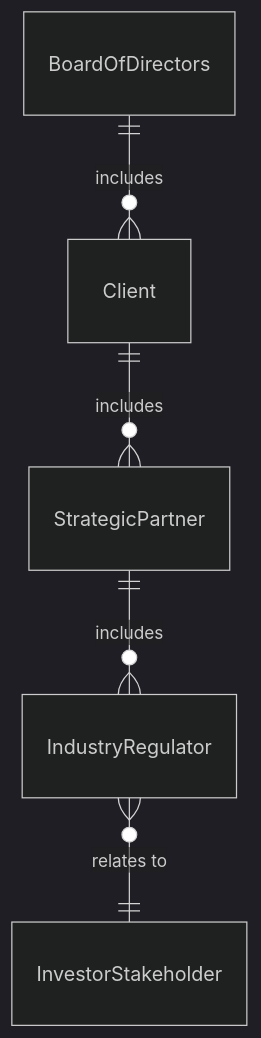
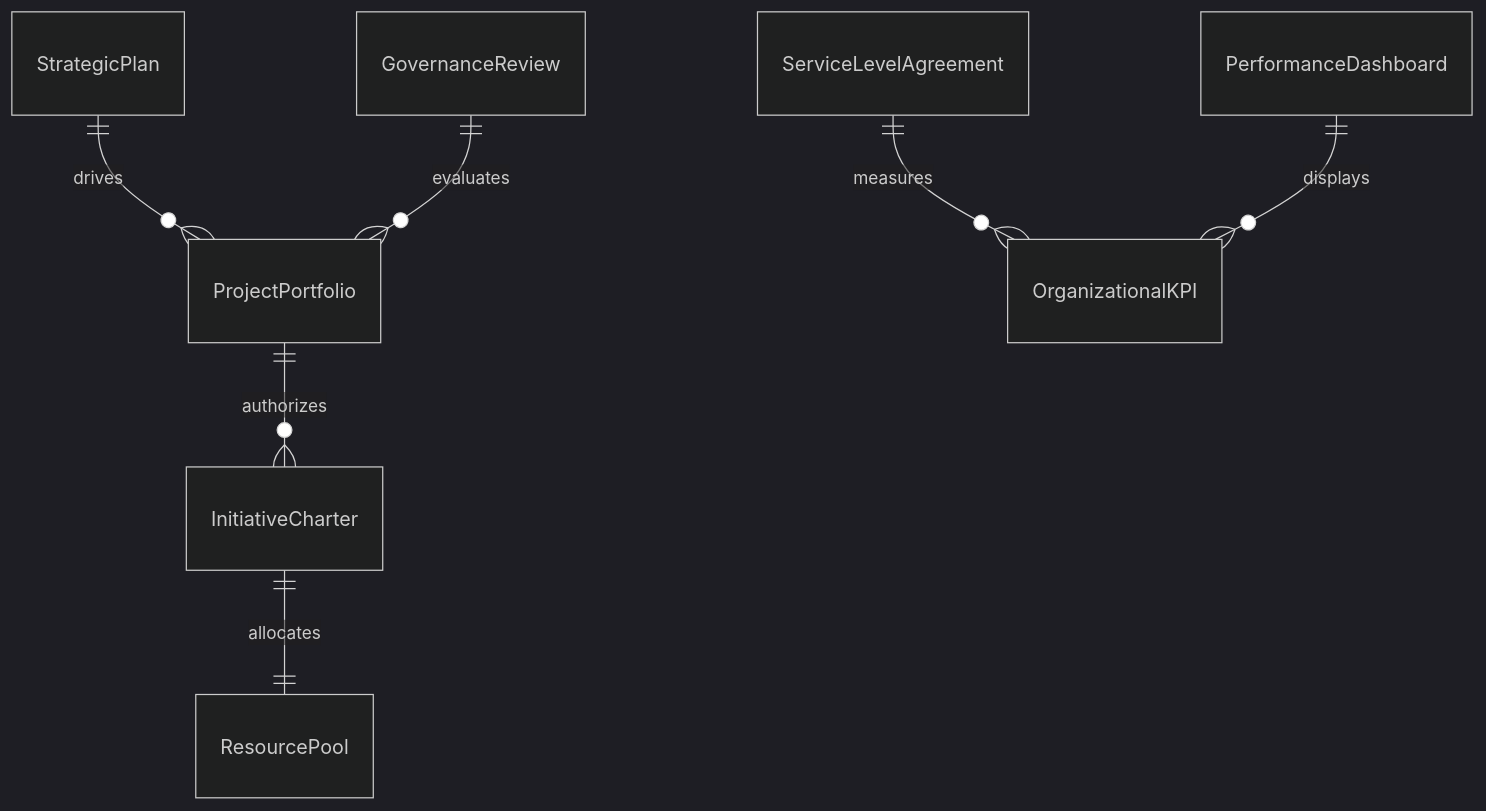
The first of 4 diagrams in GuidingDirectingAndMotivatingSubordinates/DirectOrganizationalOperationsActivitiesOrProcedures/DirectOrganizationalOperationsProjectsServices.mdx (dot-org-ai/tasks.org.ai), drawn with Mermaid (dark theme) before and after one commit. The commit also changed other lines of this file and 515 other files, not shown here.

````diff
--- a/GuidingDirectingAndMotivatingSubordinates/DirectOrganizationalOperationsActivitiesOrProcedures/DirectOrganizationalOperationsProjectsServices.mdx
+++ b/GuidingDirectingAndMotivatingSubordinates/DirectOrganizationalOperationsActivitiesOrProcedures/DirectOrganizationalOperationsProjectsServices.mdx
@@ -92,7 +92,9 @@
 ```mermaid
 erDiagram
-    BoardOfDirectors ||--o{ Client : includes
-    Client ||--o{ StrategicPartner : includes
-    StrategicPartner ||--o{ IndustryRegulator : includes
-    IndustryRegulator }o--|| InvestorStakeholder : "relates to"
+    StrategicPlan ||--o{ ProjectPortfolio : "drives"
+    ProjectPortfolio ||--o{ InitiativeCharter : "authorizes"
+    InitiativeCharter ||--|| ResourcePool : "allocates"
+    ServiceLevelAgreement ||--o{ OrganizationalKPI : "measures"
+    GovernanceReview ||--o{ ProjectPortfolio : "evaluates"
+    PerformanceDashboard ||--o{ OrganizationalKPI : "displays"
 ```
````
